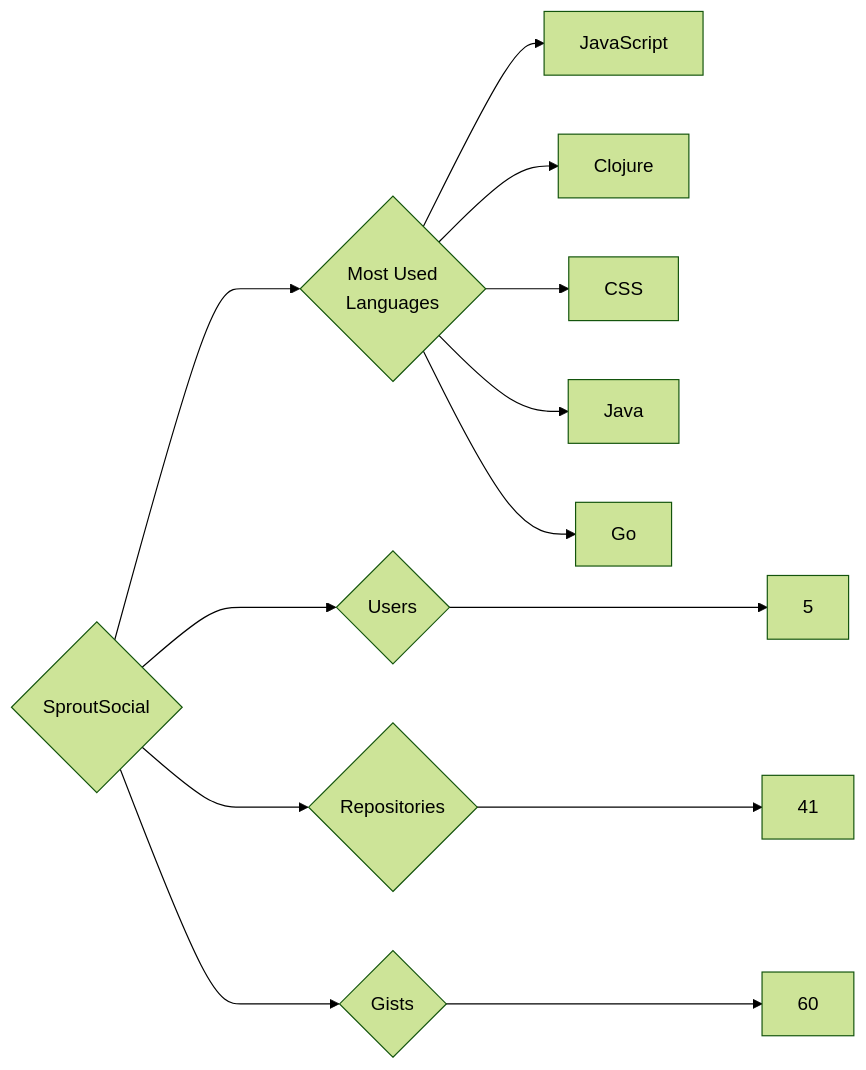
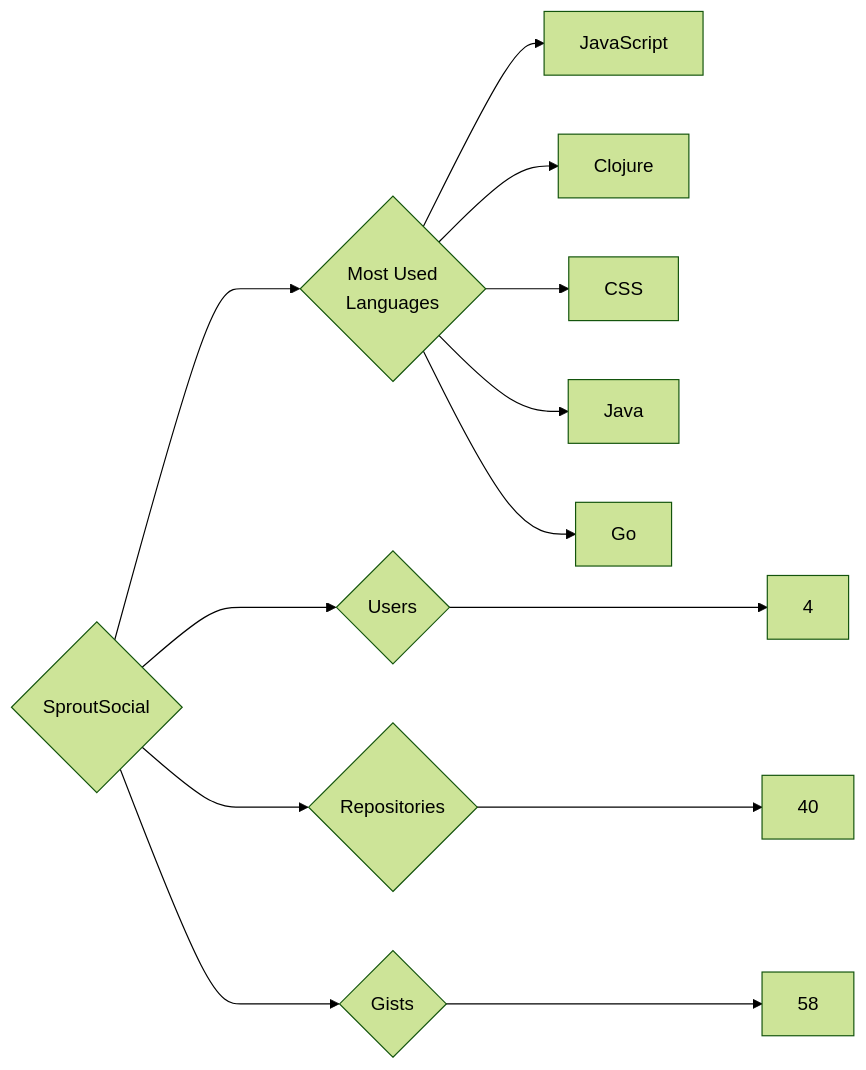
The diagram in targets/SproutSocial/README.md (trickest/insiders), drawn with Mermaid (forest theme) before and after one commit. The commit also changed 970 other files, not shown here.

````diff
--- a/targets/SproutSocial/README.md
+++ b/targets/SproutSocial/README.md
@@ -3,13 +3,13 @@
 ```mermaid
 graph LR
 COMPANY_NAME{SproutSocial}
-COMPANY_NAME ---> U{Users} ---> UN[5]
-COMPANY_NAME ---> R{Repositories} ---> RN[41]
-COMPANY_NAME ---> G{Gists} ---> GN[60]
+COMPANY_NAME ---> U{Users} ---> UN[4]
+COMPANY_NAME ---> R{Repositories} ---> RN[40]
+COMPANY_NAME ---> G{Gists} ---> GN[58]
 COMPANY_NAME ---> ML{Most Used<br>Languages}
 ML --> JavaScript[JavaScript]
 ML --> Clojure[Clojure]
 ML --> CSS[CSS]
 ML --> Java[Java]
 ML --> Go[Go]
 ```
````
